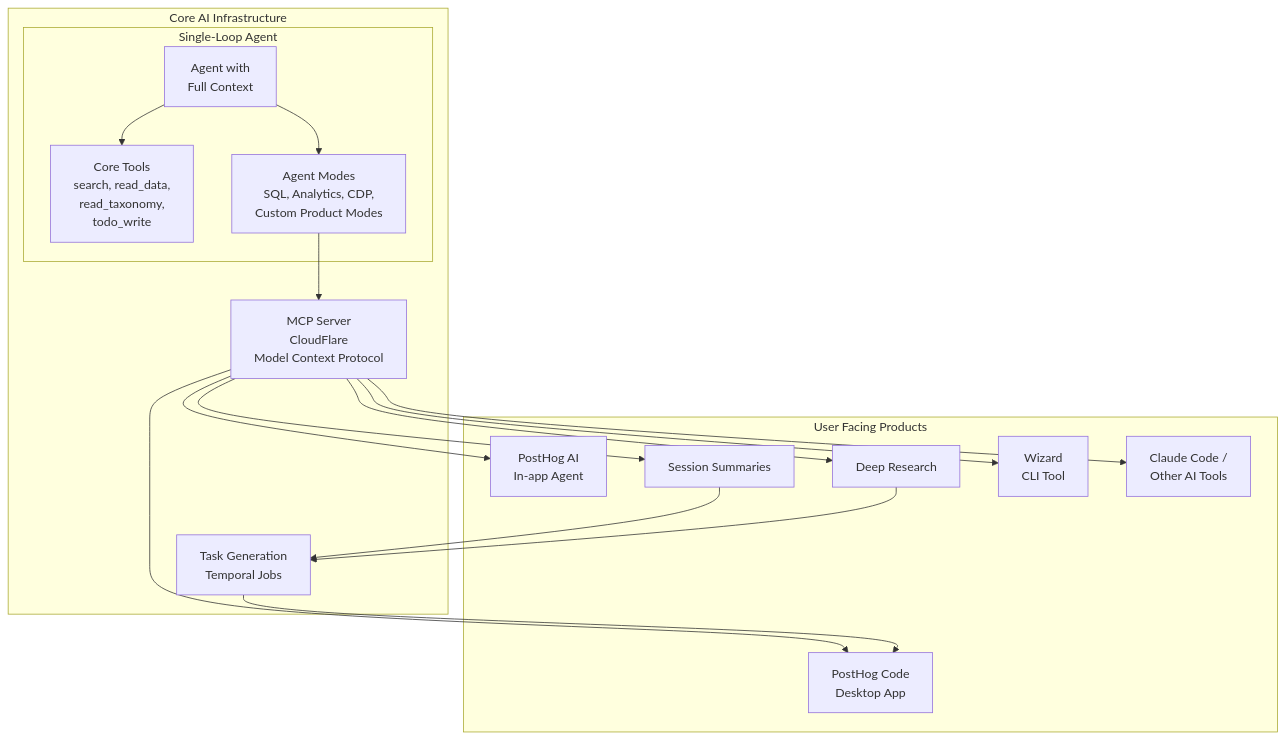
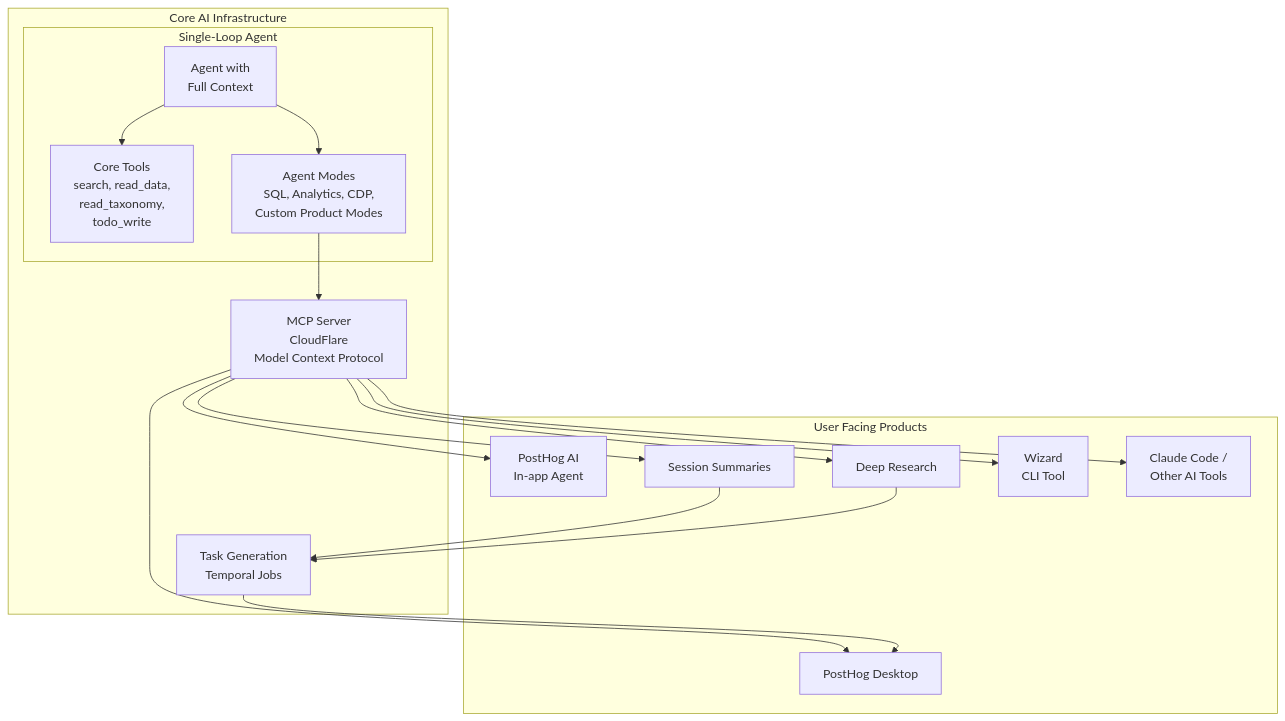
Before and after one commit to PostHog/posthog.com: the first of 3 diagrams in contents/handbook/engineering/ai/architecture.md, drawn with Mermaid. The commit also changed other lines of this file and 28 other files, not shown here.

First line of the commit message:
update handbook with PostHog Desktop rename

````diff
--- a/contents/handbook/engineering/ai/architecture.md
+++ b/contents/handbook/engineering/ai/architecture.md
@@ -13,39 +13,39 @@
 ```mermaid
 graph TB
     subgraph "User Facing Products"
         PostHogAIUI[PostHog AI<br/>In-app Agent]
         DeepResearch[Deep Research]
         SessionSum[Session Summaries]
-        PostHogCode[PostHog Code<br/>Desktop App]
+        PostHogCode[PostHog Desktop]
         Wizard[Wizard<br/>CLI Tool]
         ClaudeCode[Claude Code /<br/>Other AI Tools]
     end
 
     subgraph "Core AI Infrastructure"
         subgraph "Single-Loop Agent"
             Agent[Agent with<br/>Full Context]
             CoreTools[Core Tools<br/>search, read_data,<br/>read_taxonomy,<br/>todo_write]
             Modes[Agent Modes<br/>SQL, Analytics, CDP,<br/>Custom Product Modes]
         end
 
         MCP[MCP Server<br/>CloudFlare<br/>Model Context Protocol]
         TaskGen[Task Generation<br/>Temporal Jobs]
     end
 
     Agent --> CoreTools
     Agent --> Modes
 
     Modes --> MCP
 
     MCP --> PostHogAIUI
     MCP --> DeepResearch
     MCP --> SessionSum
     MCP --> PostHogCode
     MCP --> Wizard
     MCP --> ClaudeCode
 
     SessionSum --> TaskGen
     DeepResearch --> TaskGen
 
     TaskGen --> PostHogCode
 ```
````
